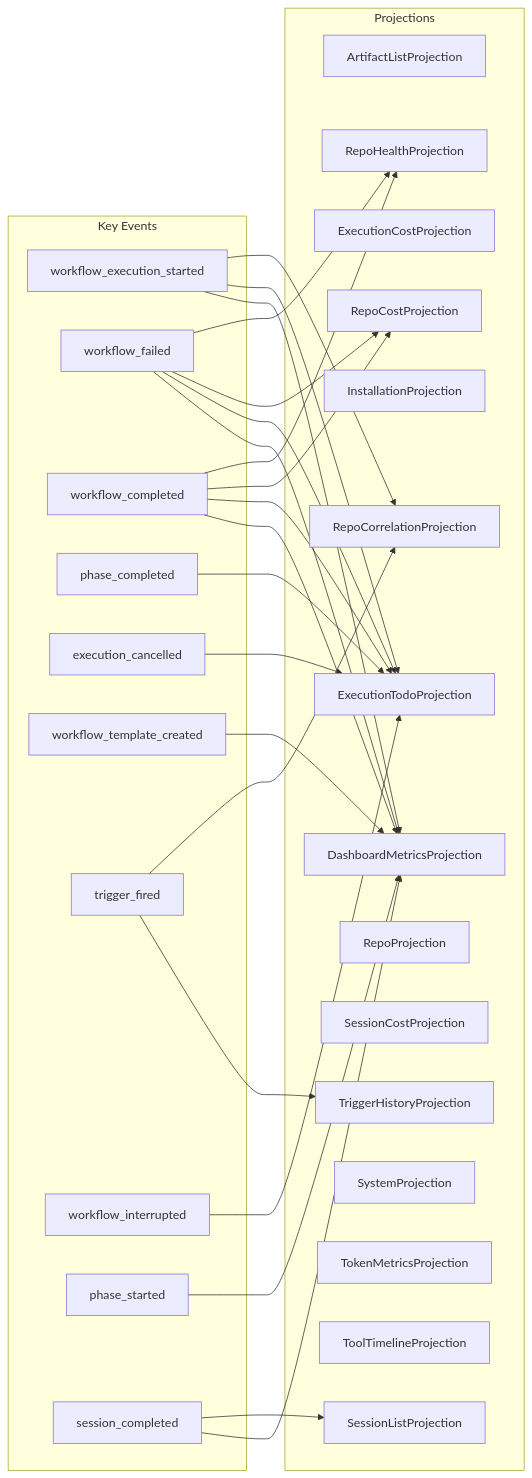
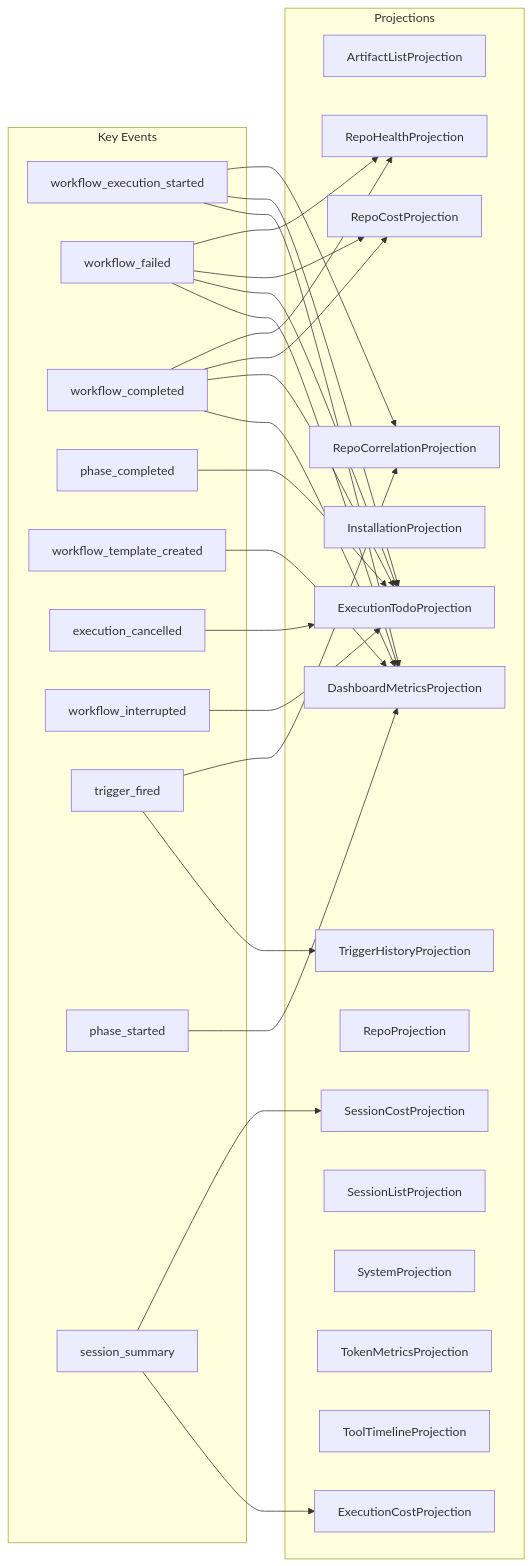
One commit to syntropic137/syntropic137 changed the diagram in docs/architecture/projection-subscriptions.md. Above: the diagram before and after it, drawn with Mermaid. The commit also changed other lines of this file and 12 other files, not shown here.

````diff
--- a/docs/architecture/projection-subscriptions.md
+++ b/docs/architecture/projection-subscriptions.md
@@ -15,54 +15,54 @@
 ```mermaid
 graph LR
     subgraph events["Key Events"]
         e1[workflow_execution_started]
         e2[workflow_failed]
         e3[workflow_completed]
         e4[phase_completed]
-        e5[execution_cancelled]
-        e6[workflow_template_created]
-        e7[trigger_fired]
-        e8[workflow_interrupted]
+        e5[workflow_template_created]
+        e6[execution_cancelled]
+        e7[workflow_interrupted]
+        e8[trigger_fired]
         e9[phase_started]
-        e10[session_completed]
+        e10[session_summary]
     end
 
     subgraph projections["Projections"]
         p1[ArtifactListProjection]
         p2[DashboardMetricsProjection]
         p3[ExecutionCostProjection]
         p4[ExecutionTodoProjection]
         p5[InstallationProjection]
         p6[RepoCorrelationProjection]
         p7[RepoCostProjection]
         p8[RepoHealthProjection]
         p9[RepoProjection]
         p10[SessionCostProjection]
         p11[SessionListProjection]
         p12[SystemProjection]
         p13[TokenMetricsProjection]
         p14[ToolTimelineProjection]
         p15[TriggerHistoryProjection]
     end
 
-    e10 --> p11
-    e10 --> p2
+    e10 --> p10
+    e10 --> p3
+    e5 --> p2
+    e6 --> p4
     e2 --> p8
     e2 --> p7
     e2 --> p4
     e2 --> p2
-    e5 --> p4
-    e6 --> p2
-    e7 --> p6
-    e7 --> p15
-    e8 --> p4
+    e7 --> p4
+    e4 --> p4
+    e8 --> p6
+    e8 --> p15
     e1 --> p6
     e1 --> p4
     e1 --> p2
     e3 --> p8
     e3 --> p7
     e3 --> p4
     e3 --> p2
     e9 --> p2
-    e4 --> p4
 ```
````
